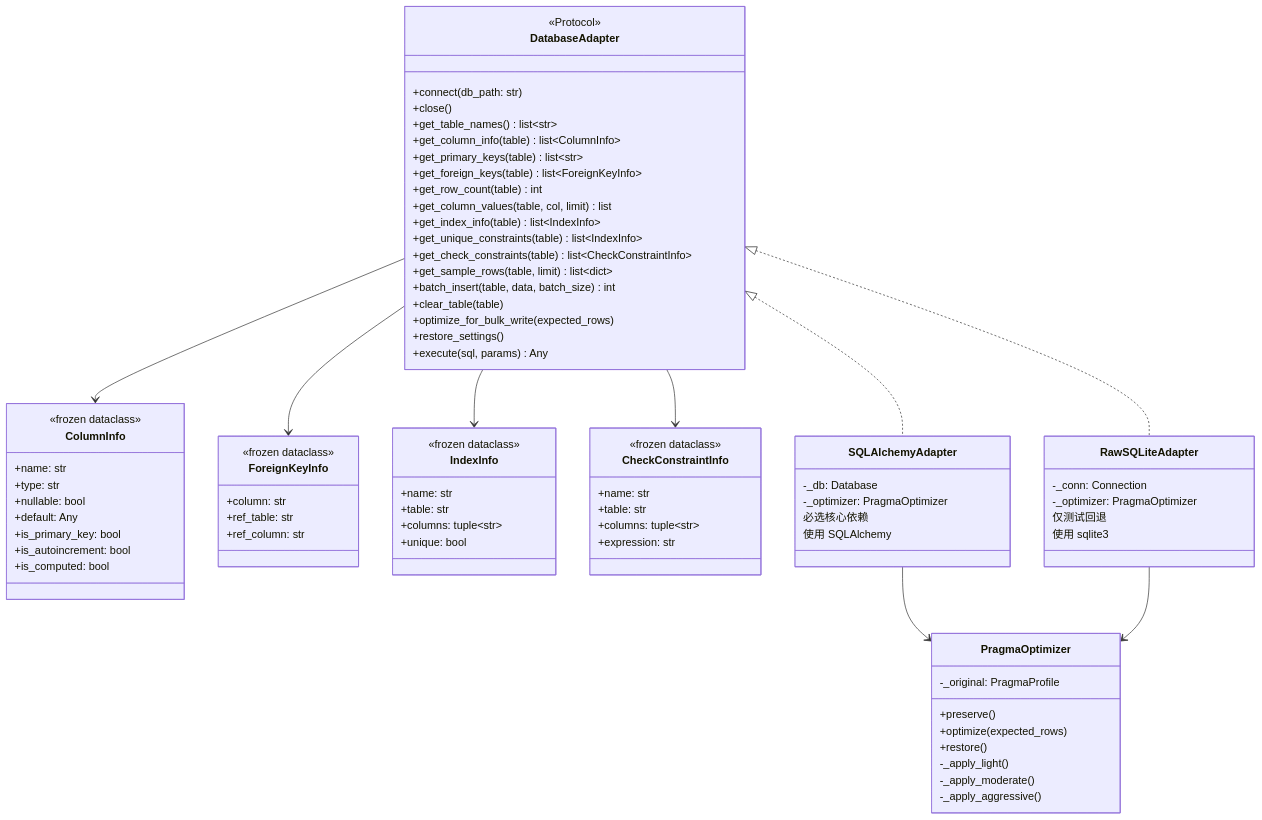
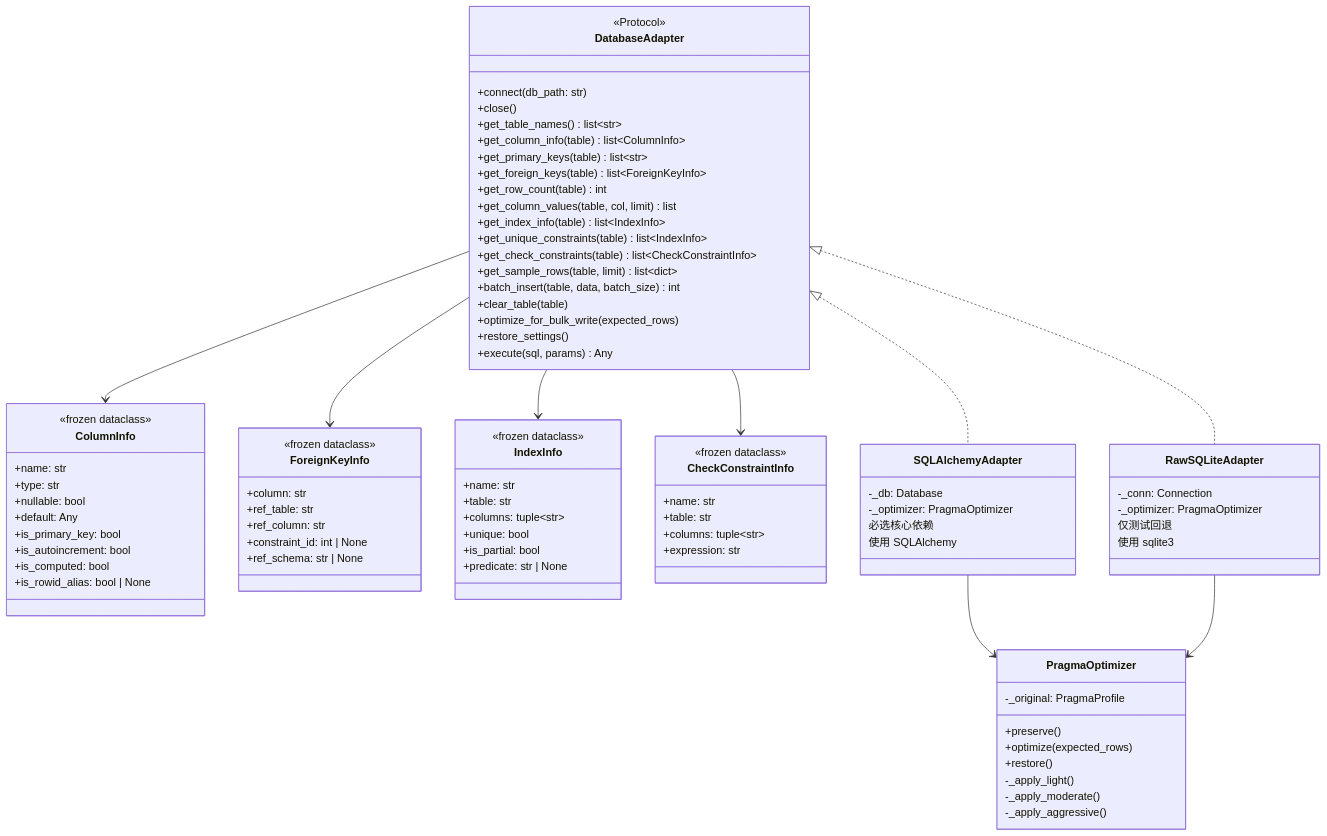
One commit to sunbos/sqlseed changed the fifth of 12 diagrams in docs/architecture.zh-CN.md. Above: the diagram before and after it, drawn with Mermaid. The commit also changed other lines of this file and 346 other files, not shown here.

```diff
--- a/docs/architecture.zh-CN.md
+++ b/docs/architecture.zh-CN.md
@@ -361,6 +361,7 @@
         +is_primary_key: bool
         +is_autoincrement: bool
         +is_computed: bool
+        +is_rowid_alias: bool | None
     }
 
     class ForeignKeyInfo {
@@ -368,6 +369,8 @@
         +column: str
         +ref_table: str
         +ref_column: str
+        +constraint_id: int | None
+        +ref_schema: str | None
     }
 
     class IndexInfo {
@@ -376,6 +379,8 @@
         +table: str
         +columns: tuple~str~
         +unique: bool
+        +is_partial: bool
+        +predicate: str | None
     }
 
     class CheckConstraintInfo {
```
